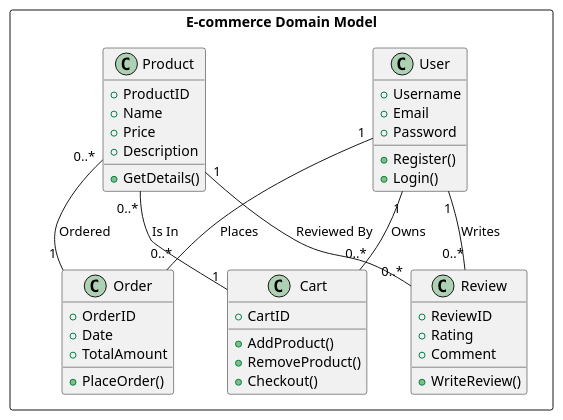
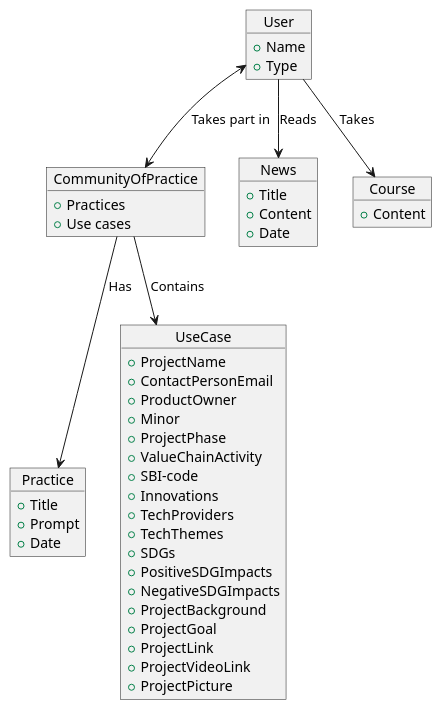
The diagram in fdd/domainmodel.puml (Windesheim-AI/UML-diagrams), drawn with PlantUML before and after one commit.

Commit message:
feat: :memo: Update domain model

```diff
--- a/fdd/domainmodel.puml
+++ b/fdd/domainmodel.puml
@@ -1,47 +1,59 @@
-@startuml EcommerceDomainModel
-package "E-commerce Domain Model" <<Rectangle>> {
-    class User {
-        + Username
-        + Email
-        + Password
-        + Register()
-        + Login()
-    }
+@startuml "WINsight app"
 
-    class Product {
-        + ProductID
-        + Name
-        + Price
-        + Description
-        + GetDetails()
-    }
+object User {
+    + Name
+    + Type
+}
 
-    class Order {
-        + OrderID
-        + Date
-        + TotalAmount
-        + PlaceOrder()
-    }
+object CommunityOfPractice {
+    + Practices
+    + Use cases
+}
 
-    class Cart {
-        + CartID
-        + AddProduct()
-        + RemoveProduct()
-        + Checkout()
-    }
+object Practice {
+    + Title
+    + Prompt
+    + Date
+}
 
-    class Review {
-        + ReviewID
-        + Rating
-        + Comment
-        + WriteReview()
-    }
+object UseCase {
+    + ProjectName
+    + ContactPersonEmail
+    + ProductOwner
+    + Minor
+    + ProjectPhase
+    + ValueChainActivity
+    + SBI-code
+    + Innovations
+    + TechProviders
+    + TechThemes
+    + SDGs
+    + PositiveSDGImpacts
+    + NegativeSDGImpacts
+    + ProjectBackground
+    + ProjectGoal
+    + ProjectLink
+    + ProjectVideoLink
+    + ProjectPicture
+}
 
-    User "1" -- "0..*" Cart : Owns
-    User "1" -- "0..*" Order : Places
-    User "1" -- "0..*" Review : Writes
-    Product "0..*" -- "1" Cart : Is In
-    Product "0..*" -- "1" Order : Ordered
-    Product "1" -- "0..*" Review : Reviewed By
+object News {
+    + Title
+    + Content
+    + Date
 }
+
+object Course {
+    + Content
+}
+
+CommunityOfPractice --> UseCase : Contains
+CommunityOfPractice --> Practice : Has
+
+User <--> CommunityOfPractice : Takes part in
+
+User --> News : Reads
+
+User --> Course : Takes
+
 @enduml
```
